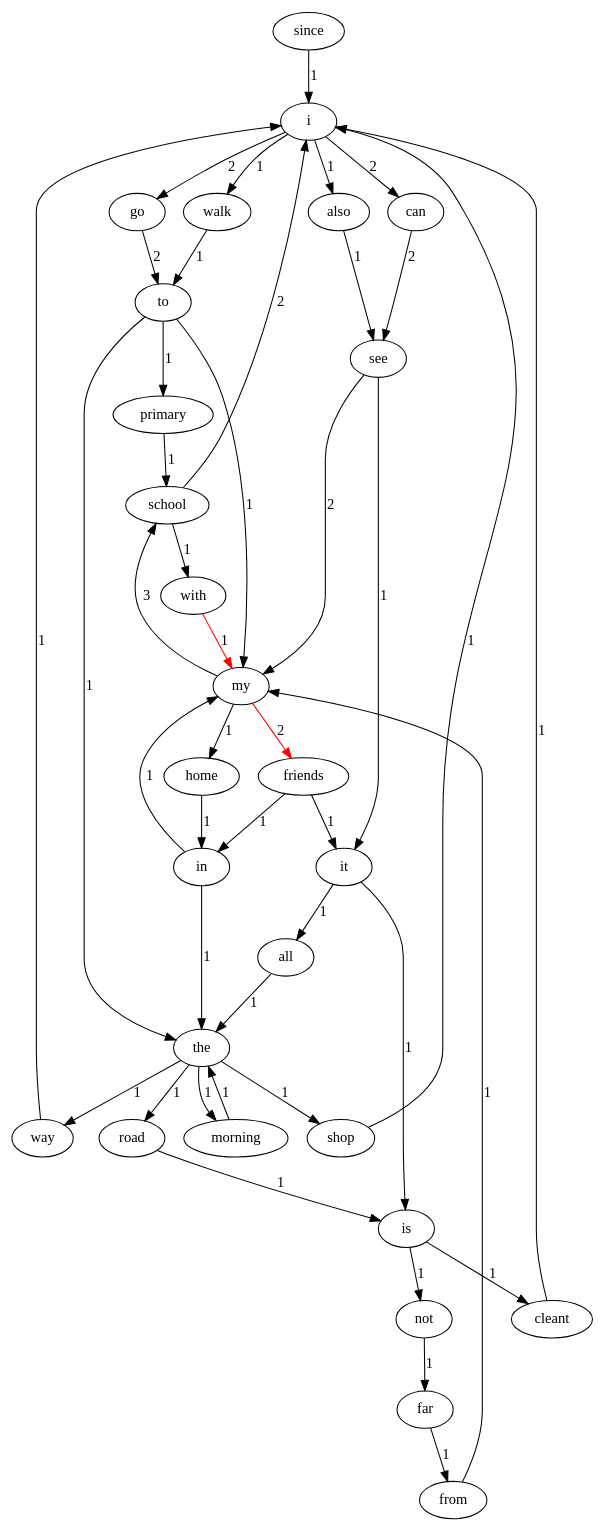
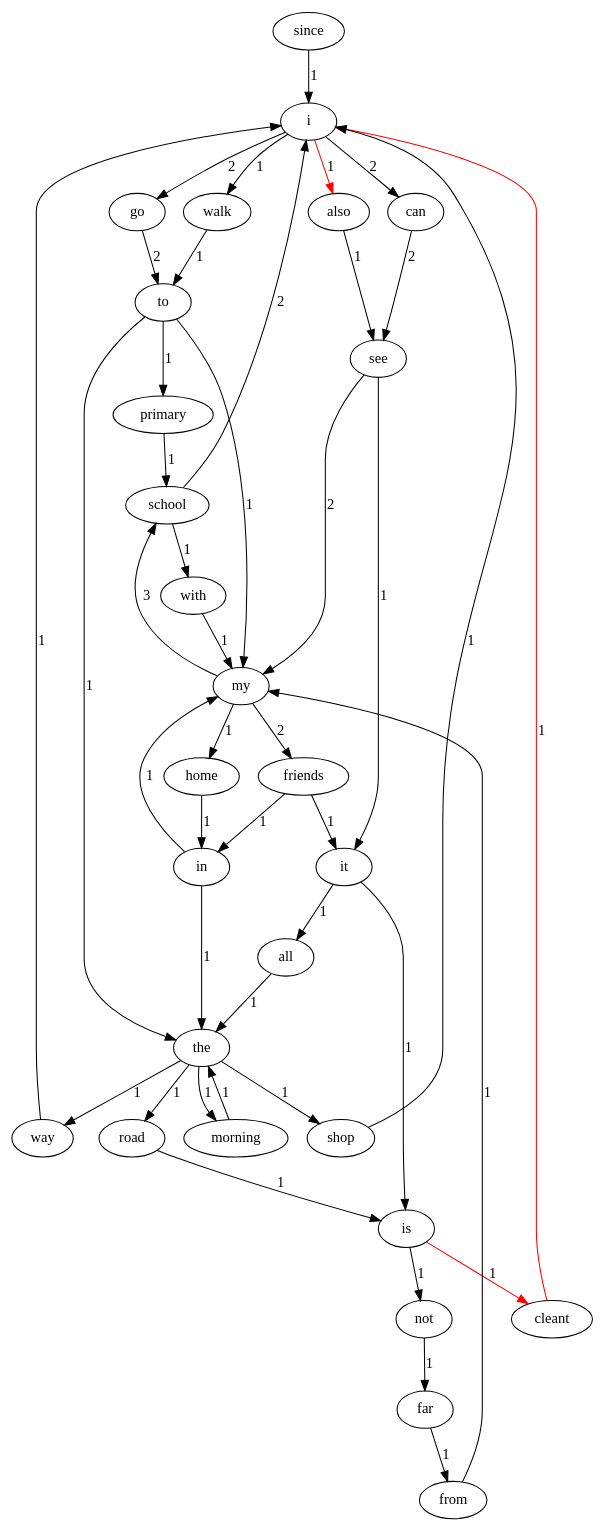
One commit to CheeseInTrap/Lab1 changed the diagram in dotsource.dot. Above: the diagram before and after it, drawn with Graphviz. The commit also changed 30 other files, not shown here.

```diff
--- a/dotsource.dot
+++ b/dotsource.dot
@@ -1,2 +1,2 @@
 digraph G {
-since->i[label="1"];i->go[label="2"];i->walk[label="1"];i->can[label="2"];i->also[label="1"];go->to[label="2"];to->primary[label="1"];to->my[label="1"];to->the[label="1"];primary->school[label="1"];school->i[label="2"];school->with[label="1"];walk->to[label="1"];my->school[label="3"];my->friends[color="red"][label="2"];my->home[label="1"];with->my[color="red"][label="1"];friends->it[label="1"];friends->in[label="1"];it->is[label="1"];it->all[label="1"];is->not[label="1"];is->cleant[label="1"];not->far[label="1"];far->from[label="1"];from->my[label="1"];home->in[label="1"];in->my[label="1"];in->the[label="1"];the->morning[label="1"];the->road[label="1"];the->way[label="1"];the->shop[label="1"];morning->the[label="1"];road->is[label="1"];cleant->i[label="1"];can->see[label="2"];see->my[label="2"];see->it[label="1"];all->the[label="1"];way->i[label="1"];also->see[label="1"];shop->i[label="1"];}
+since->i[label="1"];i->go[label="2"];i->walk[label="1"];i->can[label="2"];i->also[color="red"][label="1"];go->to[label="2"];to->primary[label="1"];to->my[label="1"];to->the[label="1"];primary->school[label="1"];school->i[label="2"];school->with[label="1"];walk->to[label="1"];my->school[label="3"];my->friends[label="2"];my->home[label="1"];with->my[label="1"];friends->it[label="1"];friends->in[label="1"];it->is[label="1"];it->all[label="1"];is->not[label="1"];is->cleant[color="red"][label="1"];not->far[label="1"];far->from[label="1"];from->my[label="1"];home->in[label="1"];in->my[label="1"];in->the[label="1"];the->morning[label="1"];the->road[label="1"];the->way[label="1"];the->shop[label="1"];morning->the[label="1"];road->is[label="1"];cleant->i[color="red"][label="1"];can->see[label="2"];see->my[label="2"];see->it[label="1"];all->the[label="1"];way->i[label="1"];also->see[label="1"];shop->i[label="1"];}
```
